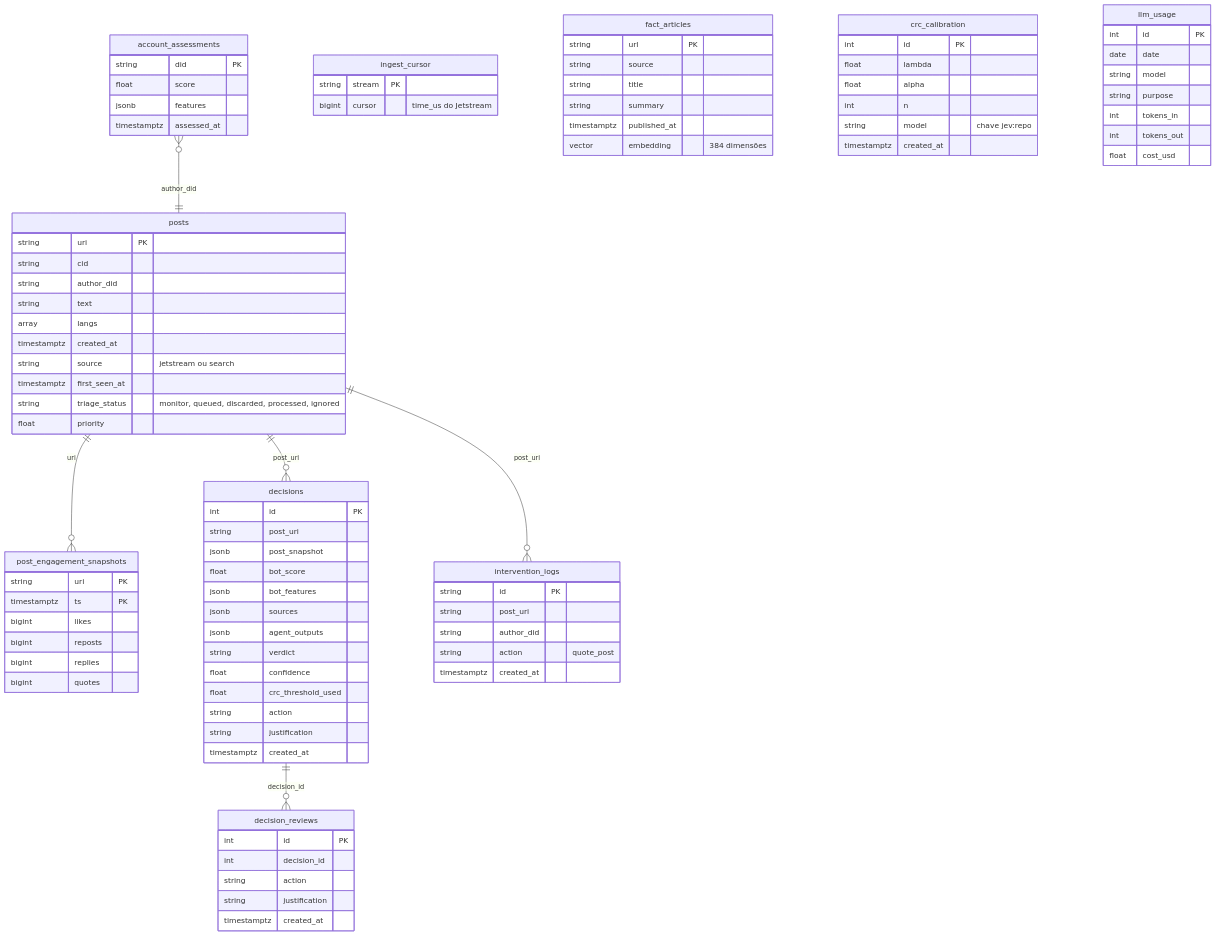
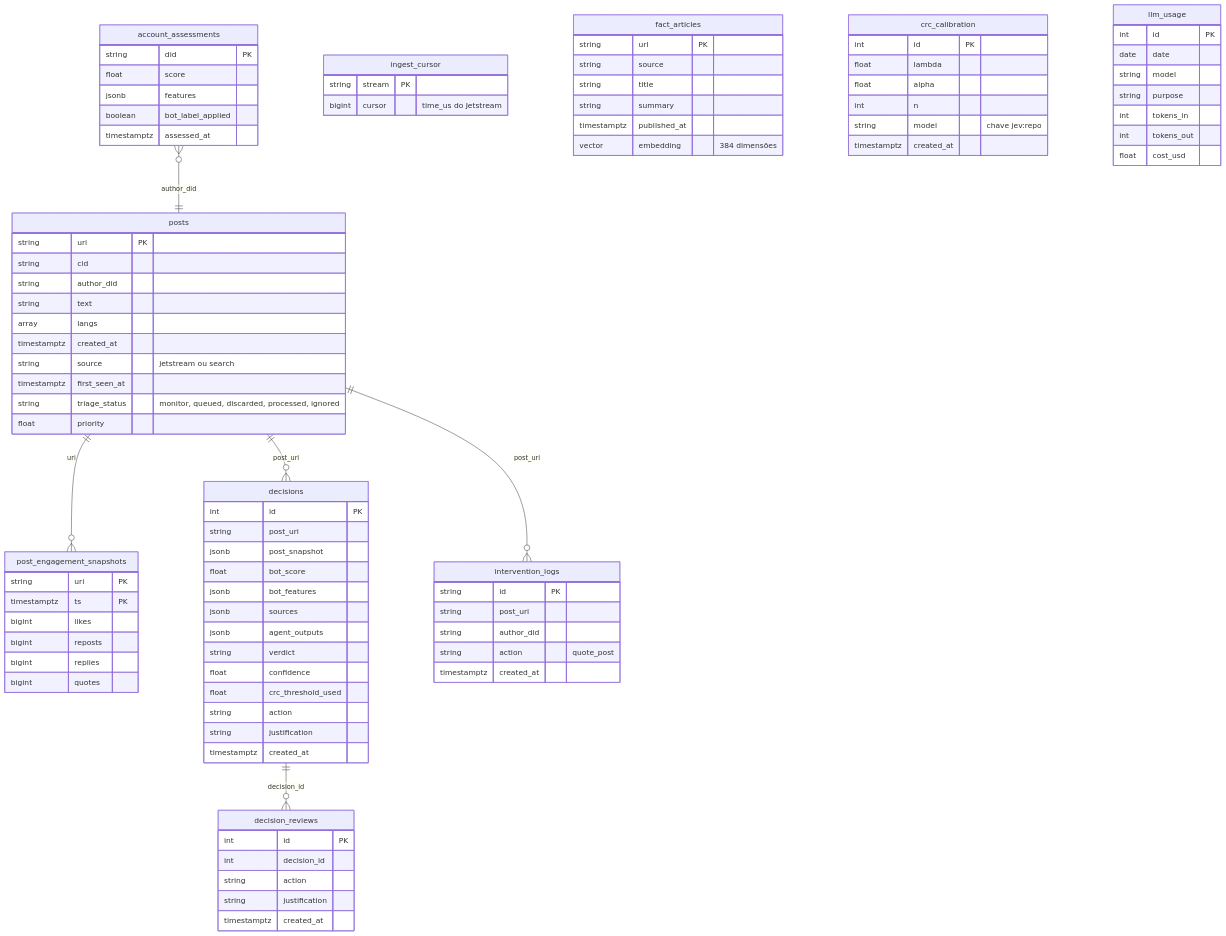
One commit to moonshinerd/ContrarIA changed the first of 3 diagrams in docs/arquitetura/dados-e-infra.md. Above: the diagram before and after it, drawn with Mermaid. The commit also changed other lines of this file and 14 other files, not shown here.

```diff
--- a/docs/arquitetura/dados-e-infra.md
+++ b/docs/arquitetura/dados-e-infra.md
@@ -41,6 +41,7 @@
         string did PK
         float score
         jsonb features
+        boolean bot_label_applied
         timestamptz assessed_at
     }
     decisions {
```
